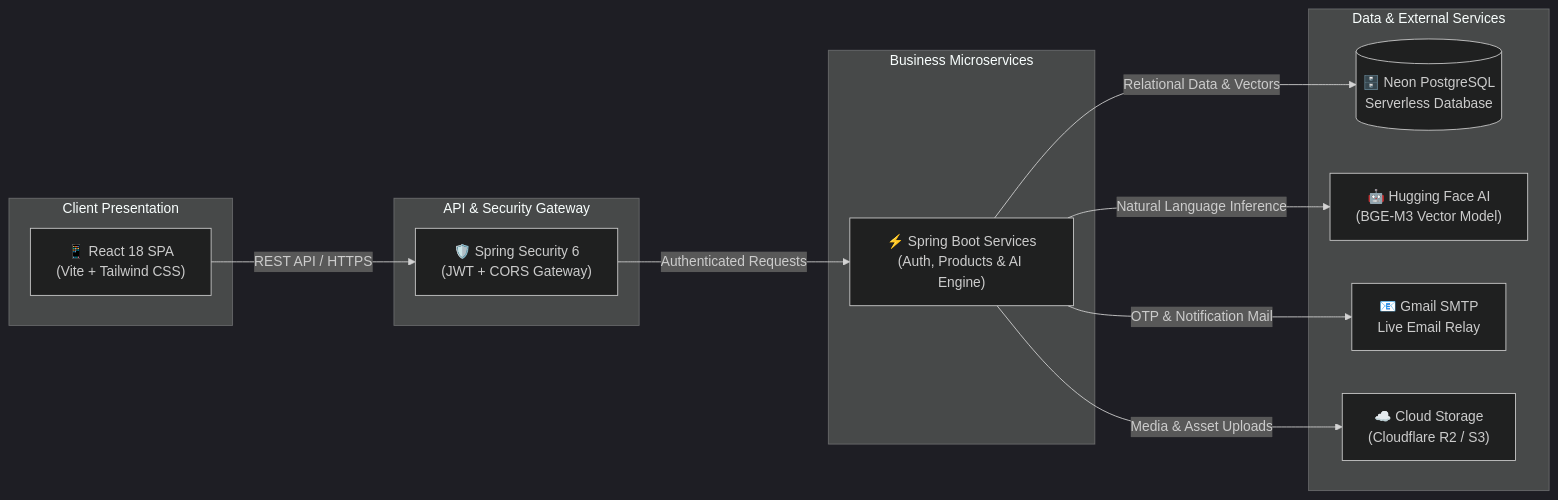
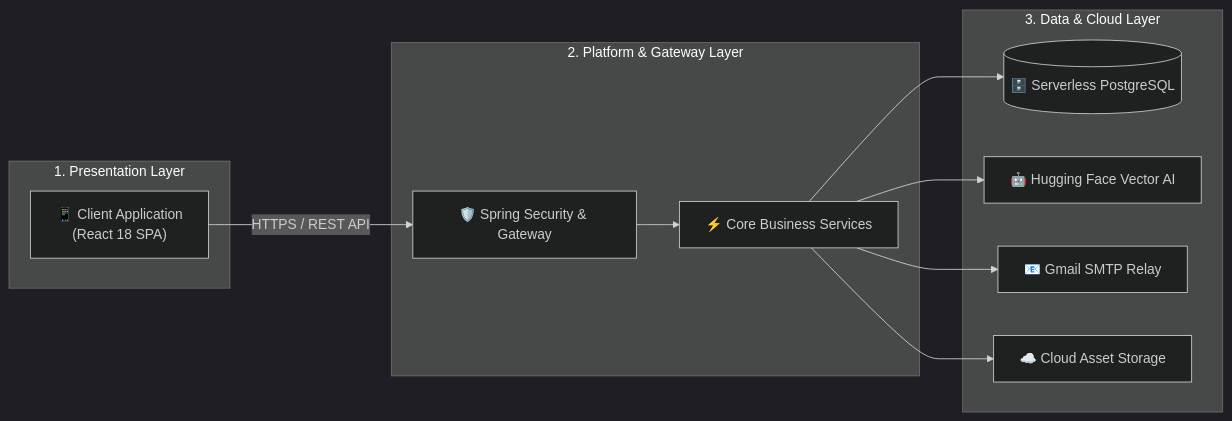
One commit to yazeed-aljihane/LUXZERA changed the first of 2 diagrams in README.md. Above: the diagram before and after it, drawn with Mermaid (dark theme). The commit also changed other lines of this file, not shown here.

Commit message:
docs: refine High-Level System Architecture (HLD) diagram to clean 3-tier presentation

````diff
--- a/README.md
+++ b/README.md
@@ -11,29 +11,26 @@
 ```mermaid
 flowchart LR
-    subgraph Client ["Client Presentation"]
-        A["📱 React 18 SPA<br/>(Vite + Tailwind CSS)"]
+    subgraph Presentation ["1. Presentation Layer"]
+        UI["📱 Client Application<br/>(React 18 SPA)"]
     end
 
-    subgraph Gateway ["API & Security Gateway"]
-        B["🛡️ Spring Security 6<br/>(JWT + CORS Gateway)"]
+    subgraph CorePlatform ["2. Platform & Gateway Layer"]
+        Gateway["🛡️ Spring Security & Gateway"]
+        Services["⚡ Core Business Services"]
     end
 
-    subgraph Core ["Business Microservices"]
-        C["⚡ Spring Boot Services<br/>(Auth, Products & AI Engine)"]
+    subgraph Infrastructure ["3. Data & Cloud Layer"]
+        Data[("🗄️ Serverless PostgreSQL")]
+        AI["🤖 Hugging Face Vector AI"]
+        Mail["📧 Gmail SMTP Relay"]
+        Cloud["☁️ Cloud Asset Storage"]
     end
 
-    subgraph Data ["Data & External Services"]
-        D[("🗄️ Neon PostgreSQL<br/>Serverless Database")]
-        E["🤖 Hugging Face AI<br/>(BGE-M3 Vector Model)"]
-        F["📧 Gmail SMTP<br/>Live Email Relay"]
-        G["☁️ Cloud Storage<br/>(Cloudflare R2 / S3)"]
-    end
-
-    A -->|REST API / HTTPS| B
-    B -->|Authenticated Requests| C
+    UI -->|HTTPS / REST API| Gateway
+    Gateway --> Services
     
-    C -->|Relational Data & Vectors| D
-    C -->|Natural Language Inference| E
-    C -->|OTP & Notification Mail| F
-    C -->|Media & Asset Uploads| G
+    Services --> Data
+    Services --> AI
+    Services --> Mail
+    Services --> Cloud
 ```
````
